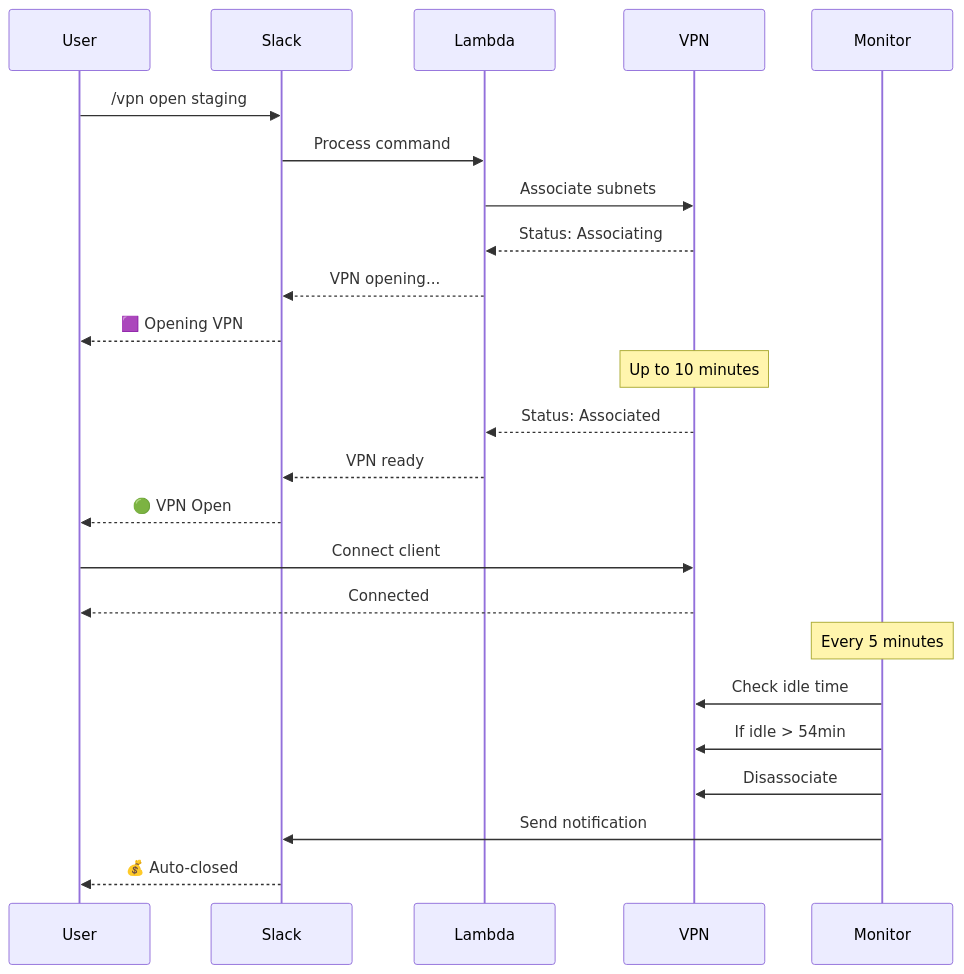
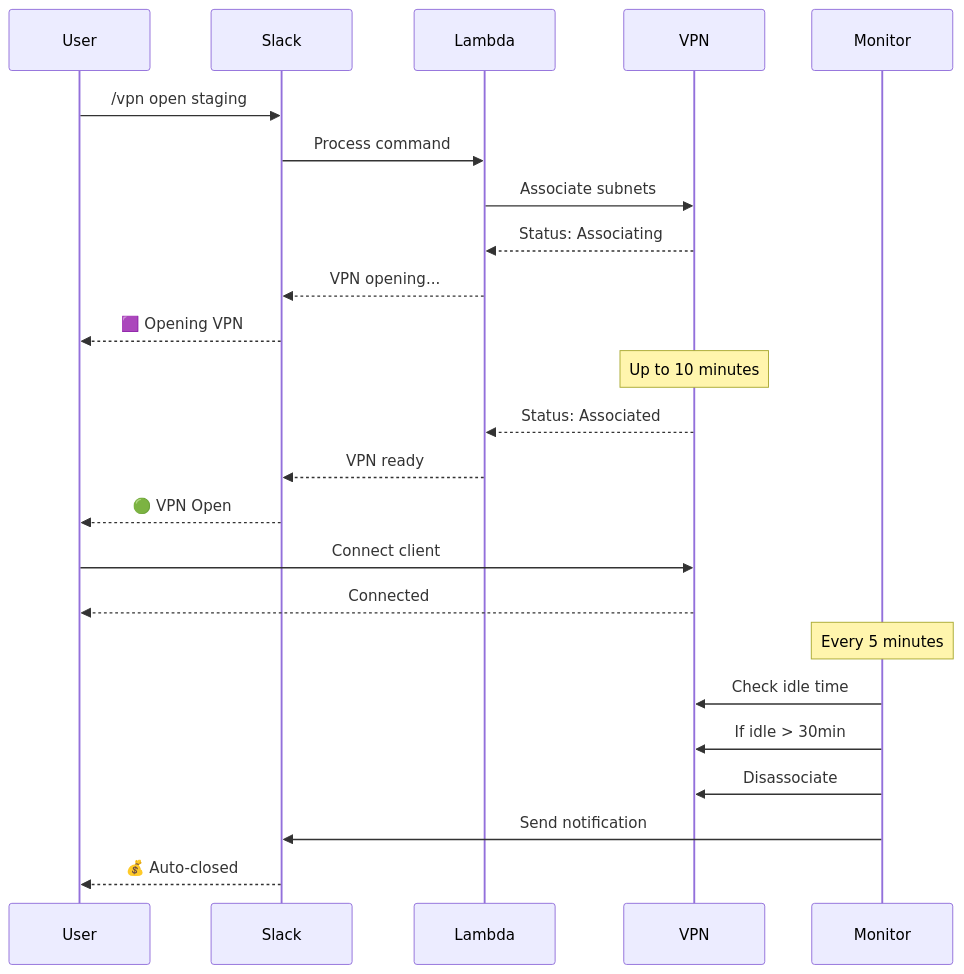
The fourth of 4 diagrams in docs/admin-guide.md (Newsleopard/nlInc-vpnMgmtTools), drawn with Mermaid before and after one commit. The commit also changed other lines of this file and 9 other files, not shown here.

First line of the commit message:
feat: update idle timeout to 30min, environment-specific auto-open defaults

````diff
--- a/docs/admin-guide.md
+++ b/docs/admin-guide.md
@@ -263,31 +263,31 @@
 ```mermaid
 sequenceDiagram
     participant User
     participant Slack
     participant Lambda
     participant VPN
     participant Monitor
 
     User->>Slack: /vpn open staging
     Slack->>Lambda: Process command
     Lambda->>VPN: Associate subnets
     VPN-->>Lambda: Status: Associating
     Lambda-->>Slack: VPN opening...
     Slack-->>User: 🟪 Opening VPN
 
     Note over VPN: Up to 10 minutes
 
     VPN-->>Lambda: Status: Associated
     Lambda-->>Slack: VPN ready
     Slack-->>User: 🟢 VPN Open
 
     User->>VPN: Connect client
     VPN-->>User: Connected
 
     Note over Monitor: Every 5 minutes
     Monitor->>VPN: Check idle time
-    Monitor->>VPN: If idle > 54min
+    Monitor->>VPN: If idle > 30min
     Monitor->>VPN: Disassociate
     Monitor->>Slack: Send notification
     Slack-->>User: 💰 Auto-closed
 ```
````
